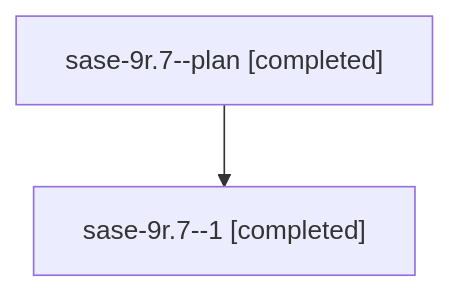
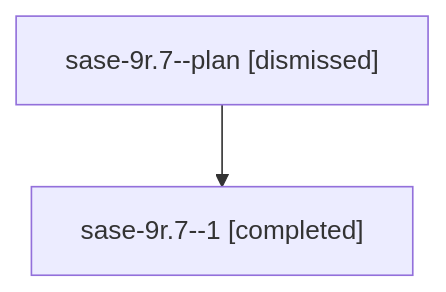
The diagram in families/bbugyi200.athena.sase-9r.7.md (sase-org/sase--agents), drawn with Mermaid before and after one commit. The commit also changed other lines of this file and 266 other files, not shown here.

````diff
--- a/families/bbugyi200.athena.sase-9r.7.md
+++ b/families/bbugyi200.athena.sase-9r.7.md
@@ -7,6 +7,6 @@
 ```mermaid
 flowchart TD
-  n0["sase-9r.7--plan [completed]"]
+  n0["sase-9r.7--plan [dismissed]"]
   n1["sase-9r.7--1 [completed]"]
   n0 --> n1
 ```
````
